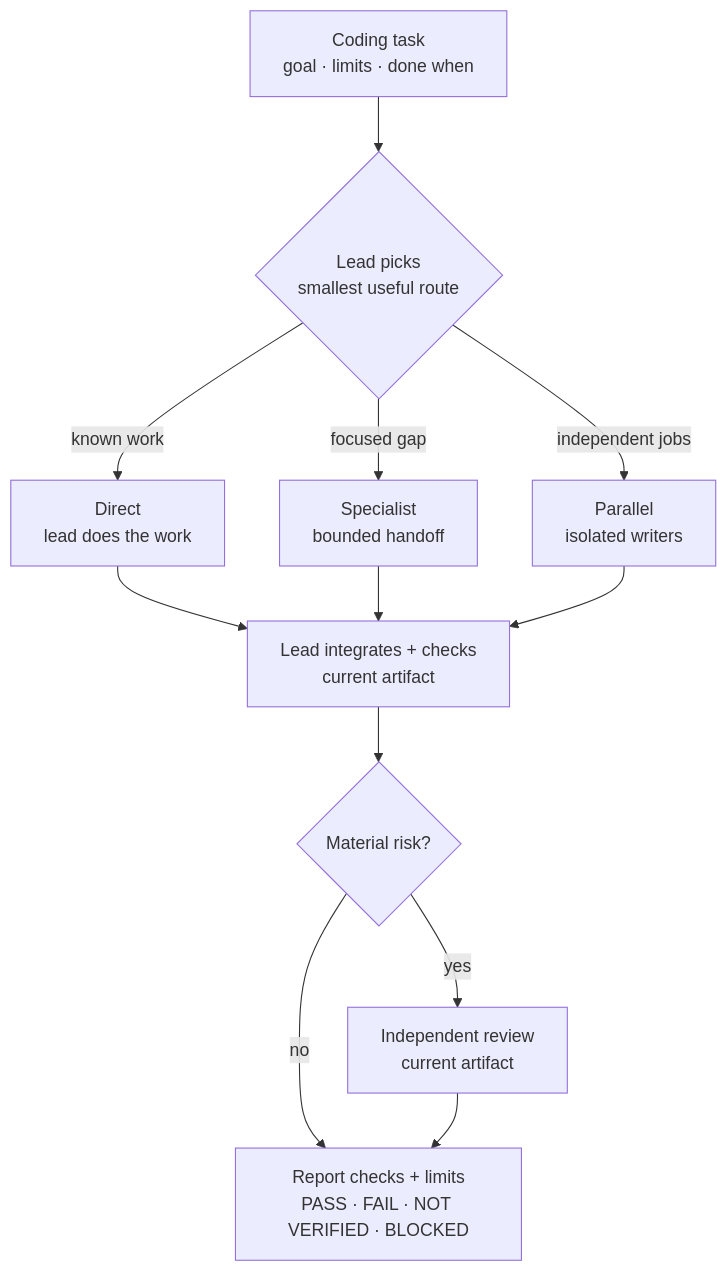
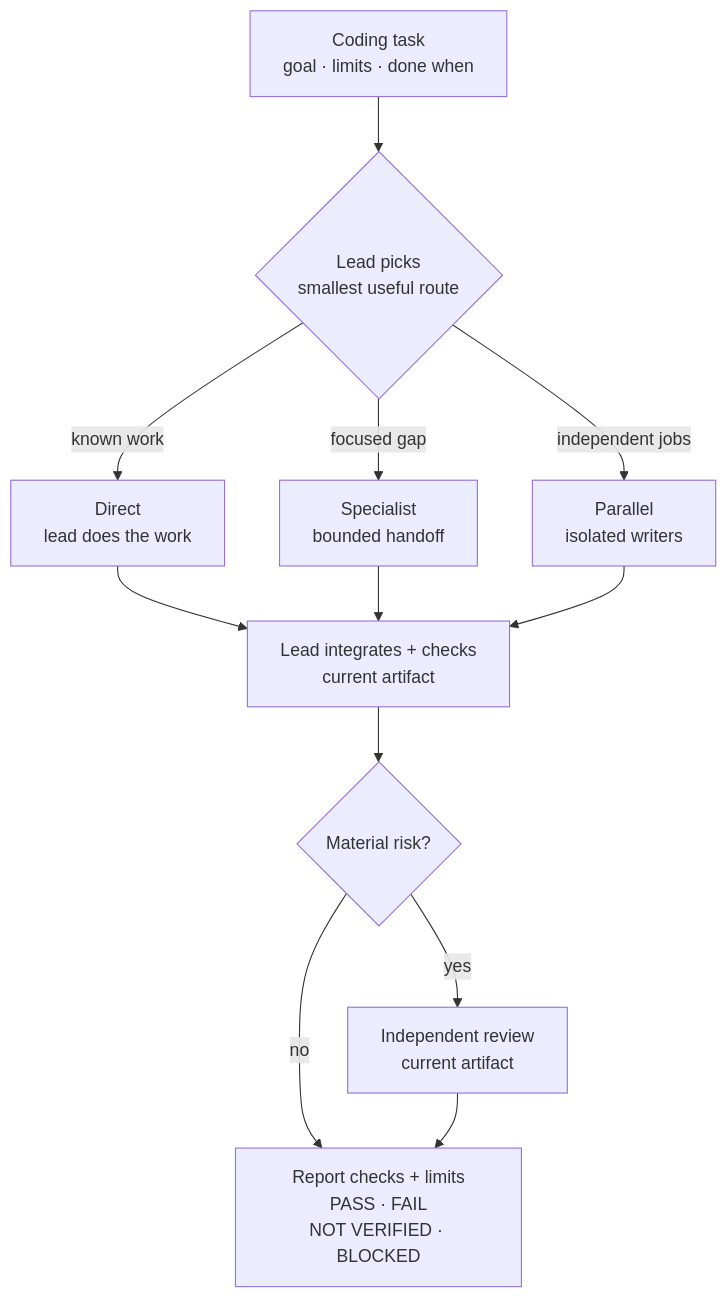
One commit to byensitmagnus/agent-mission-control changed the diagram in README.md. Above: the diagram before and after it, drawn with Mermaid.

Commit message:
Keep flowchart verdict labels readable

````diff
--- a/README.md
+++ b/README.md
@@ -11,14 +11,14 @@
 ```mermaid
 flowchart TD
   task["Coding task<br/>goal · limits · done when"] --> lead{"Lead picks<br/>smallest useful route"}
   lead -->|known work| direct["Direct<br/>lead does the work"]
   lead -->|focused gap| specialist["Specialist<br/>bounded handoff"]
   lead -->|independent jobs| parallel["Parallel<br/>isolated writers"]
   direct --> verify["Lead integrates + checks<br/>current artifact"]
   specialist --> verify
   parallel --> verify
   verify --> risk{"Material risk?"}
   risk -->|yes| review["Independent review<br/>current artifact"]
-  risk -->|no| report["Report checks + limits<br/>PASS · FAIL · NOT VERIFIED · BLOCKED"]
+  risk -->|no| report["Report checks + limits<br/>PASS · FAIL<br/>NOT VERIFIED · BLOCKED"]
   review --> report
 ```
````
